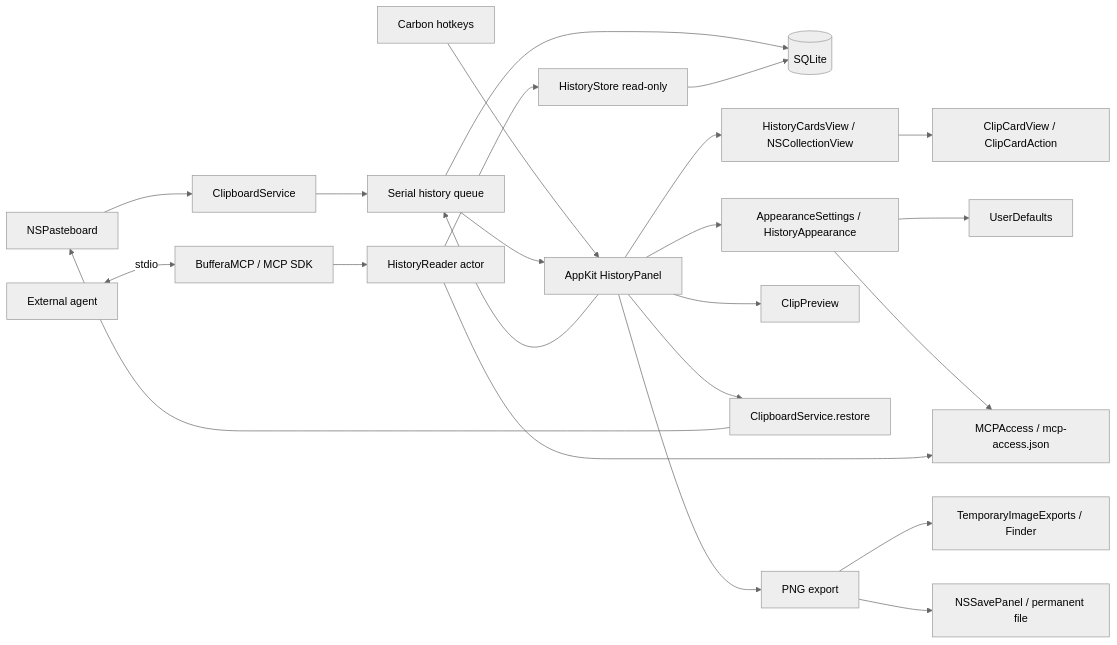
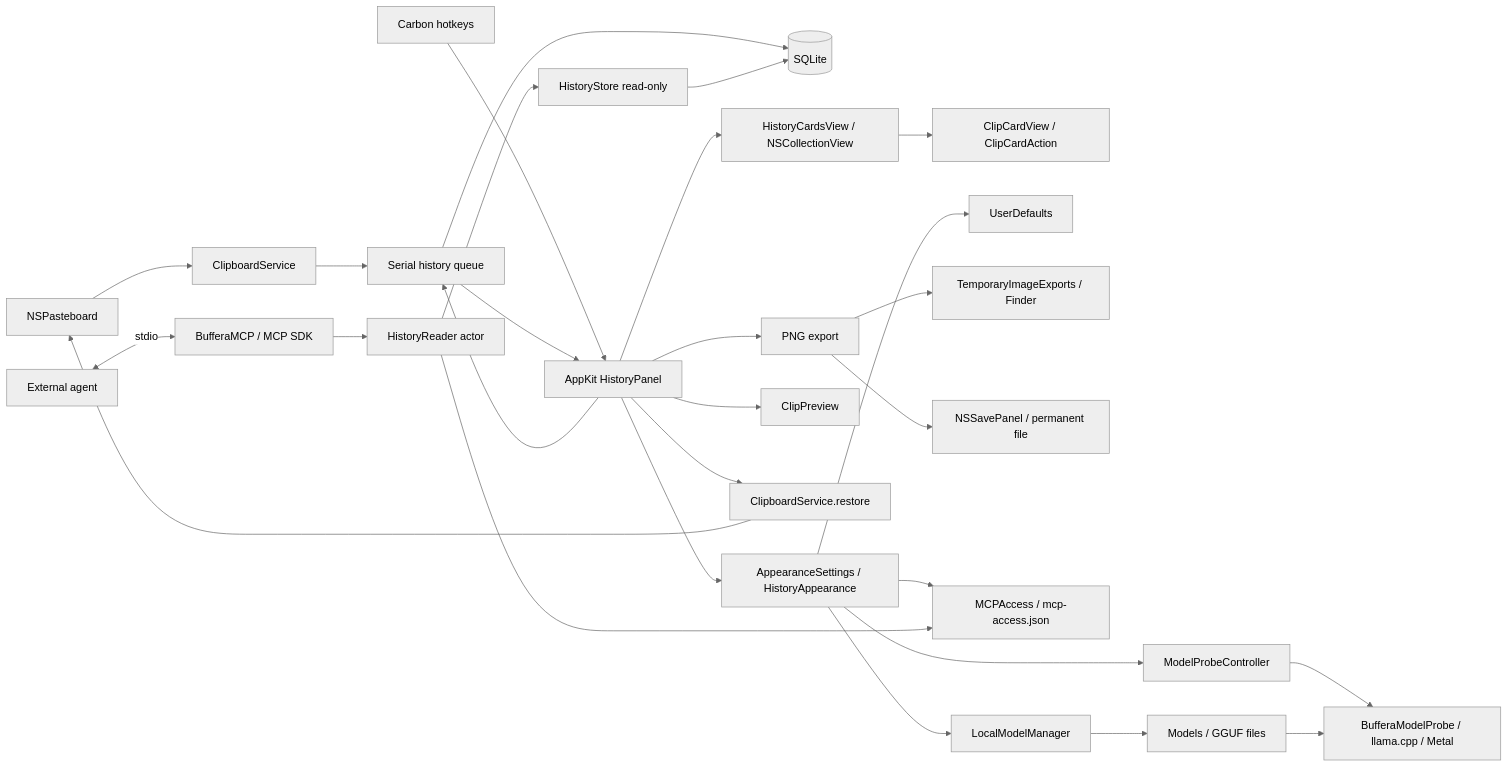
The diagram in docs/architecture.md (dqunbp/buffera), drawn with Mermaid (neutral theme) before and after one commit. The commit also changed other lines of this file and 18 other files, not shown here.

Commit message:
Add local model downloads and native runtime checks

````diff
--- a/docs/architecture.md
+++ b/docs/architecture.md
@@ -5,25 +5,30 @@
 ```mermaid
 flowchart LR
   PB[NSPasteboard] --> Capture[ClipboardService]
   Capture --> Queue[Serial history queue]
   Queue --> DB[(SQLite)]
   Keys[Carbon hotkeys] --> UI[AppKit HistoryPanel]
   UI --> Queue
   Queue --> UI
   UI --> Layout[HistoryCardsView / NSCollectionView]
   Layout --> Cards[ClipCardView / ClipCardAction]
   UI --> Appearance[AppearanceSettings / HistoryAppearance]
   Appearance --> Defaults[UserDefaults]
   UI --> Preview[ClipPreview]
   UI --> Restore[ClipboardService.restore]
   Restore --> PB
   UI --> Export[PNG export]
   Export --> Temporary[TemporaryImageExports / Finder]
   Export --> Saved[NSSavePanel / permanent file]
   Agent[External agent] <-->|stdio| MCP[BufferaMCP / MCP SDK]
   MCP --> Reader[HistoryReader actor]
   Reader --> ReadOnly[HistoryStore read-only]
   ReadOnly --> DB
   Appearance --> Access[MCPAccess / mcp-access.json]
   Reader --> Access
+  Appearance --> Models[LocalModelManager]
+  Models --> ModelFiles[Models / GGUF files]
+  Appearance --> Probe[ModelProbeController]
+  Probe --> Helper[BufferaModelProbe / llama.cpp / Metal]
+  ModelFiles --> Helper
 ```
````
